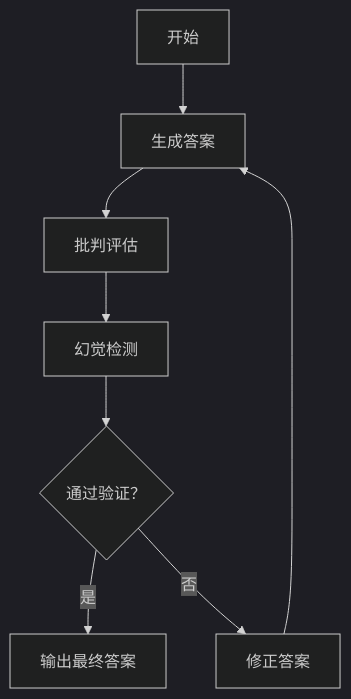
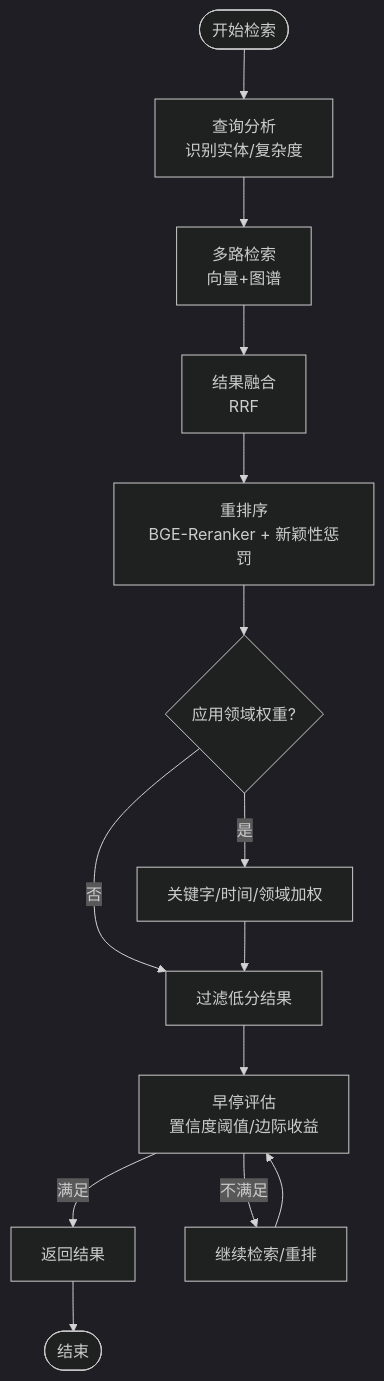
Before and after one commit to JieGaoPrinceton/NecoRAG: the fifth of 10 diagrams in .qoder/repowiki/zh/content/项目概述/项目概述.md, drawn with Mermaid (dark theme). The commit also changed other lines of this file and 76 other files, not shown here.

````diff
--- a/.qoder/repowiki/zh/content/项目概述/项目概述.md
+++ b/.qoder/repowiki/zh/content/项目概述/项目概述.md
@@ -224,10 +230,16 @@
 ```mermaid
 flowchart TD
-S["开始"] --> GEN["生成答案"]
-GEN --> CRIT["批判评估"]
-CRIT --> HAL["幻觉检测"]
-HAL --> PASS{"通过验证？"}
-PASS --> |是| OUT["输出最终答案"]
-PASS --> |否| REF["修正答案"]
-REF --> GEN
+Start(["开始检索"]) --> Q["查询分析<br/>识别实体/复杂度"]
+Q --> M["多路检索<br/>向量+图谱"]
+M --> F["结果融合<br/>RRF"]
+F --> R["重排序<br/>BGE-Reranker + 新颖性惩罚"]
+R --> DW{"应用领域权重?"}
+DW --> |是| W["关键字/时间/领域加权"]
+DW --> |否| Filter["过滤低分结果"]
+W --> Filter
+Filter --> ET["早停评估<br/>置信度阈值/边际收益"]
+ET --> |满足| Return["返回结果"]
+ET --> |不满足| Continue["继续检索/重排"]
+Continue --> ET
+Return --> End(["结束"])
 ```
````
